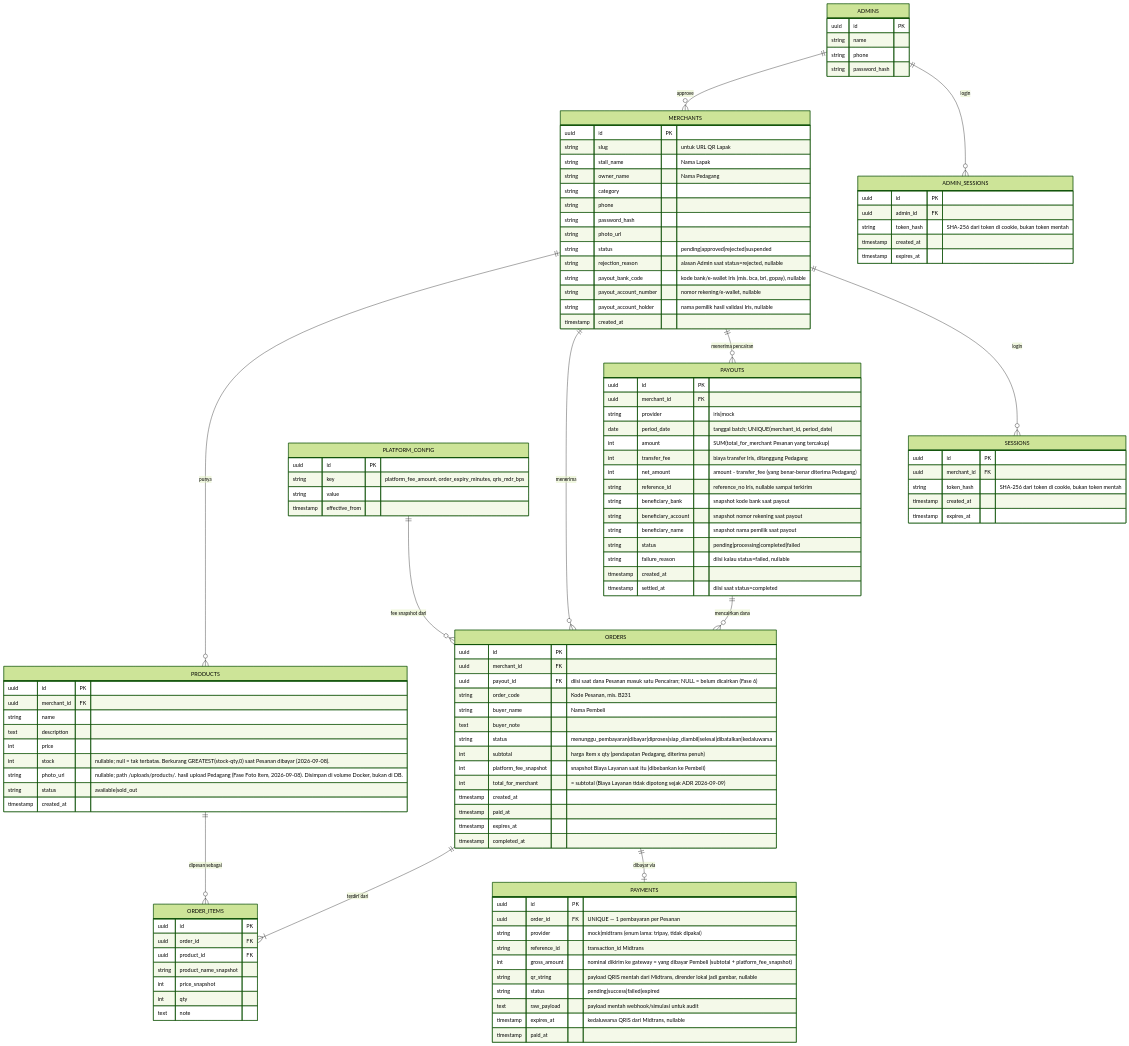
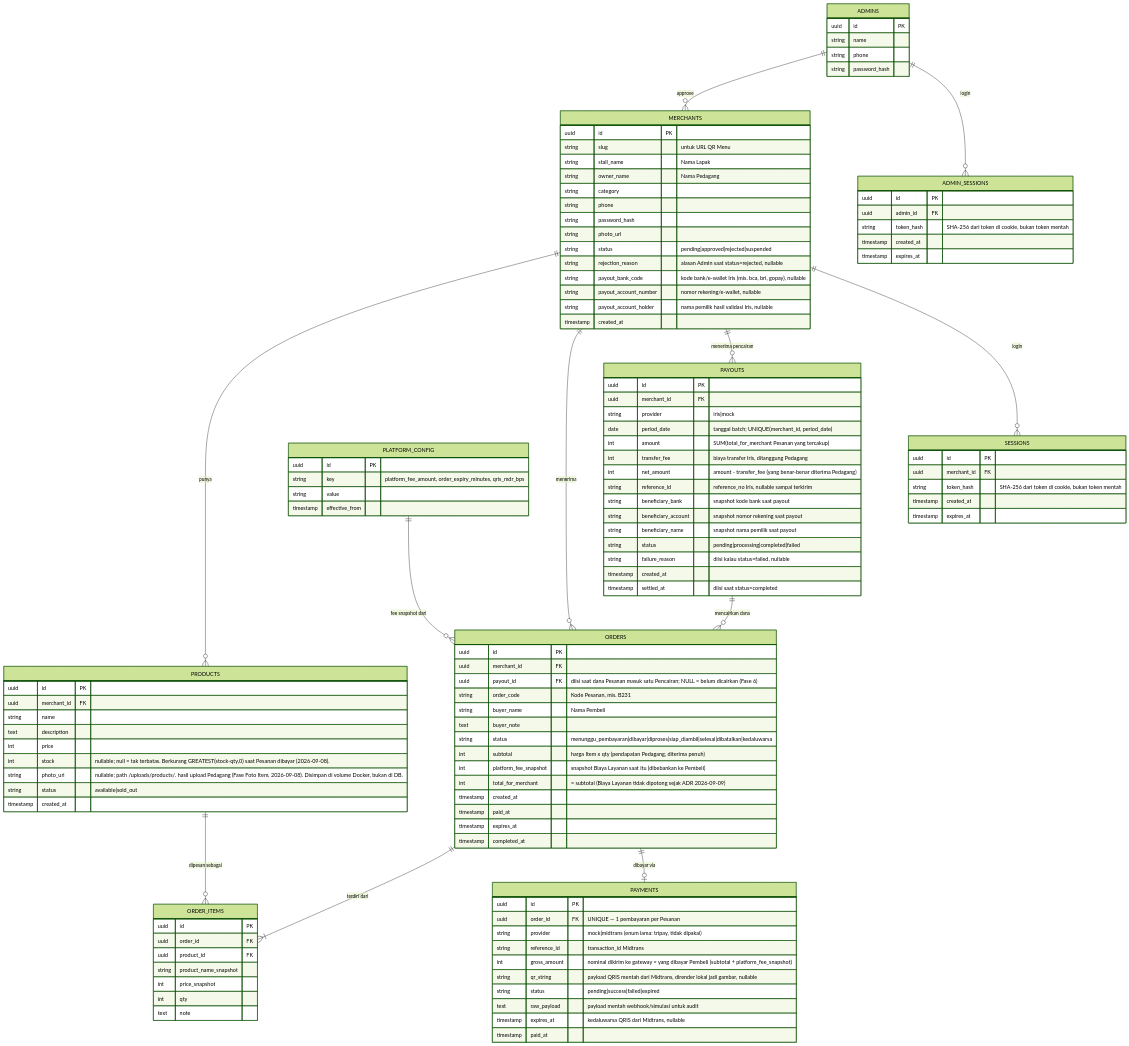
Before and after one commit to WeirdoKitten/My-Gerai: the diagram in docs/DATA-MODEL.md, drawn with Mermaid (forest theme). The commit also changed other lines of this file and 21 other files, not shown here.

First line of the commit message:
feat(ui): "QR Lapak" → "QR Menu", tombol salin link, konfirmasi Keluar

```diff
--- a/docs/DATA-MODEL.md
+++ b/docs/DATA-MODEL.md
@@ -20,7 +20,7 @@
 
     MERCHANTS {
         uuid id PK
-        string slug "untuk URL QR Lapak"
+        string slug "untuk URL QR Menu"
         string stall_name "Nama Lapak"
         string owner_name "Nama Pedagang"
         string category
```
